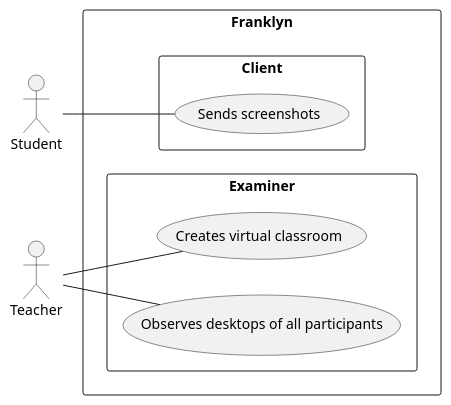
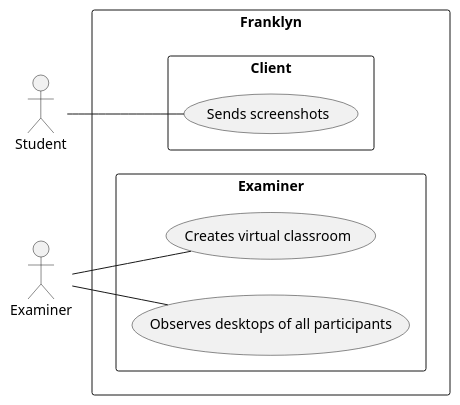
One commit to htl-leonding-project/franklyn-quarkus changed the diagram in docs/asciidocs/plantuml/ucd.puml. Above: the diagram before and after it, drawn with PlantUML. The commit also changed 3 other files, not shown here.

```diff
--- a/docs/asciidocs/plantuml/ucd.puml
+++ b/docs/asciidocs/plantuml/ucd.puml
@@ -1,23 +1,23 @@
 @startuml
 
 left to right direction
 
 :Student: as student
-:Teacher: as teacher
+:Examiner: as examiner
 
 
 
 rectangle "Franklyn" {
     rectangle Client {
         usecase "Sends screenshots" as uc_sendsScreenshots
     }
     rectangle Examiner {
             usecase "Creates virtual classroom" as uc_createLobby
             usecase "Observes desktops of all participants" as uc_seeScreenshots
         }
 }
 
 student -- uc_sendsScreenshots
-teacher -- uc_createLobby
-teacher -- uc_seeScreenshots
+examiner -- uc_createLobby
+examiner -- uc_seeScreenshots
 @enduml
```
